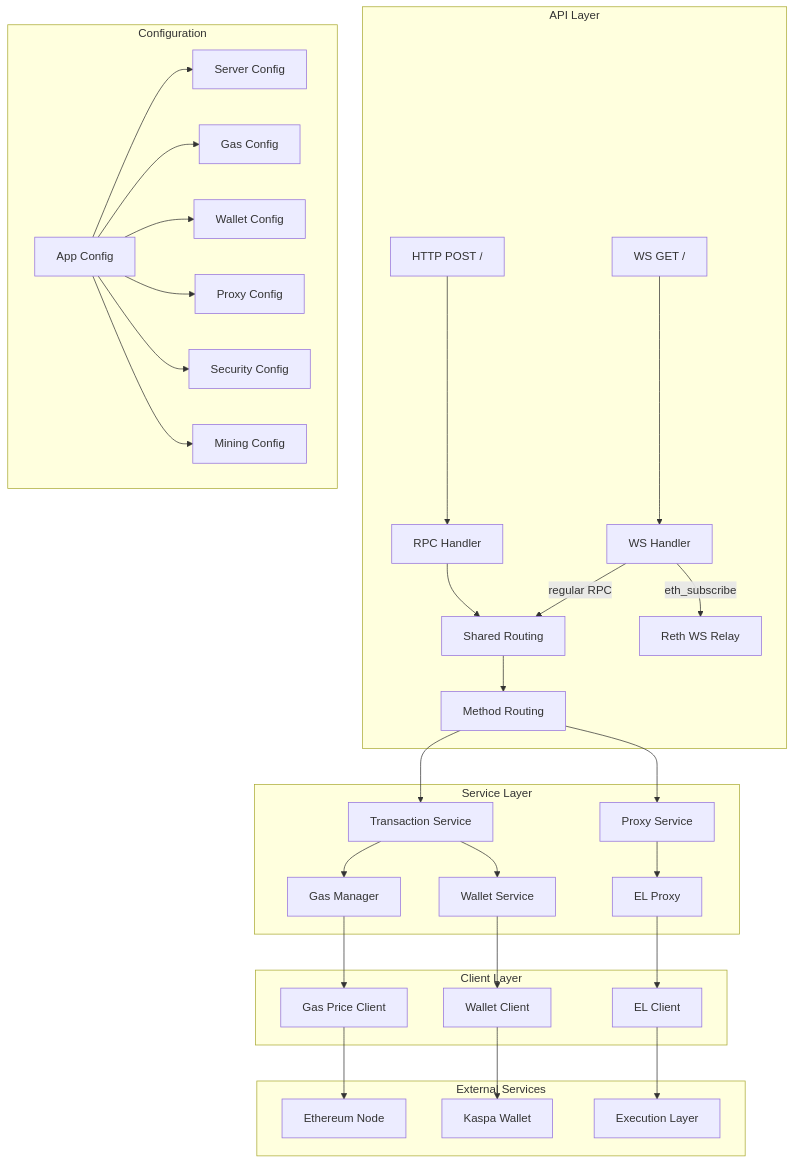
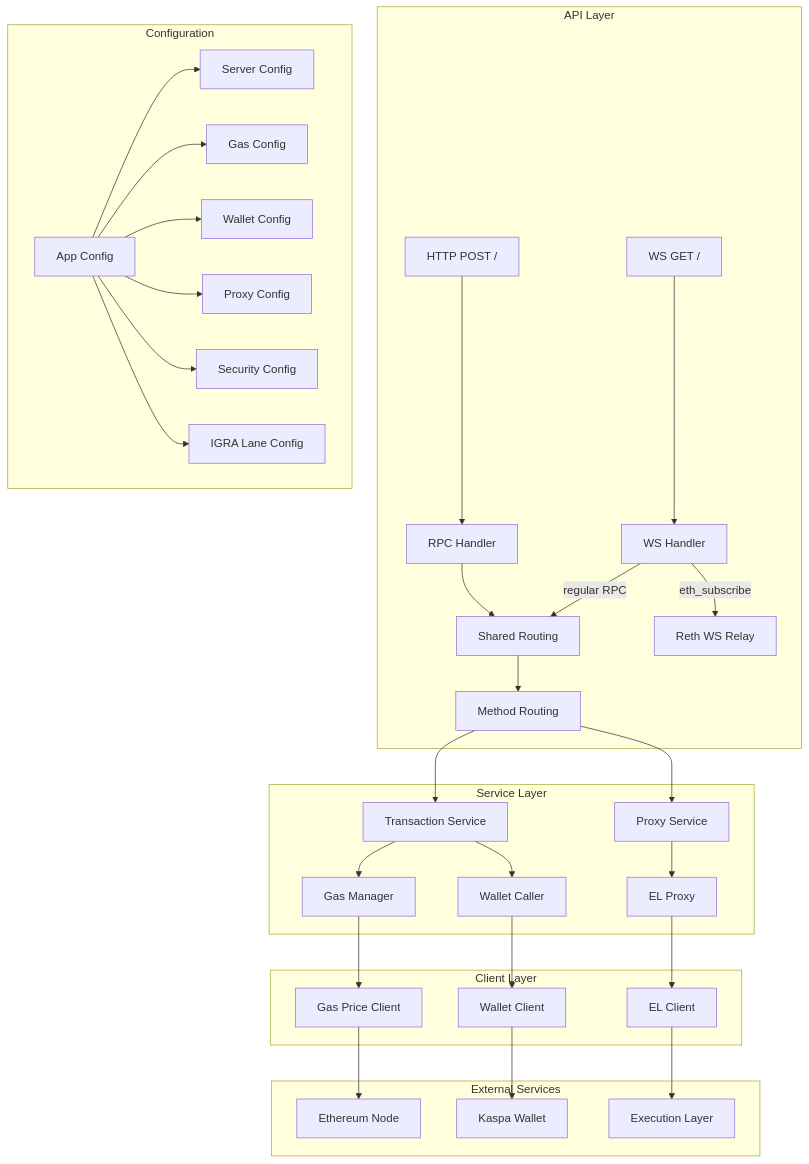
The first of 5 diagrams in doc/architecture.md (IgraLabs/igra-rpc-provider), drawn with Mermaid before and after one commit. The commit also changed other lines of this file and 24 other files, not shown here.

First line of the commit message:
[ENG-1051] feat(toccata): submit IGRA transactions via kaswallet lane

````diff
--- a/doc/architecture.md
+++ b/doc/architecture.md
@@ -28,40 +28,40 @@
 ```mermaid
 graph TB
     subgraph "API Layer"
         A[HTTP POST /] --> B[RPC Handler]
         A2[WS GET /] --> B2[WS Handler]
         B --> C[Shared Routing]
         B2 -->|regular RPC| C
         B2 -->|eth_subscribe| D2[Reth WS Relay]
         C --> D[Method Routing]
     end
     
     subgraph "Service Layer"
         D --> E[Transaction Service]
         D --> F[Proxy Service]
         E --> G[Gas Manager]
-        E --> H[Wallet Service]
+        E --> H[Wallet Caller]
         F --> I[EL Proxy]
     end
     
     subgraph "Client Layer"
         G --> J[Gas Price Client]
         H --> K[Wallet Client]
         I --> L[EL Client]
     end
     
     subgraph "External Services"
         J --> M[Ethereum Node]
         K --> N[Kaspa Wallet]
         L --> O[Execution Layer]
     end
     
     subgraph "Configuration"
         P[App Config] --> Q[Server Config]
         P --> R[Gas Config]
         P --> S[Wallet Config]
         P --> T[Proxy Config]
         P --> U[Security Config]
-        P --> V[Mining Config]
+        P --> V[IGRA Lane Config]
     end
 ```
````
